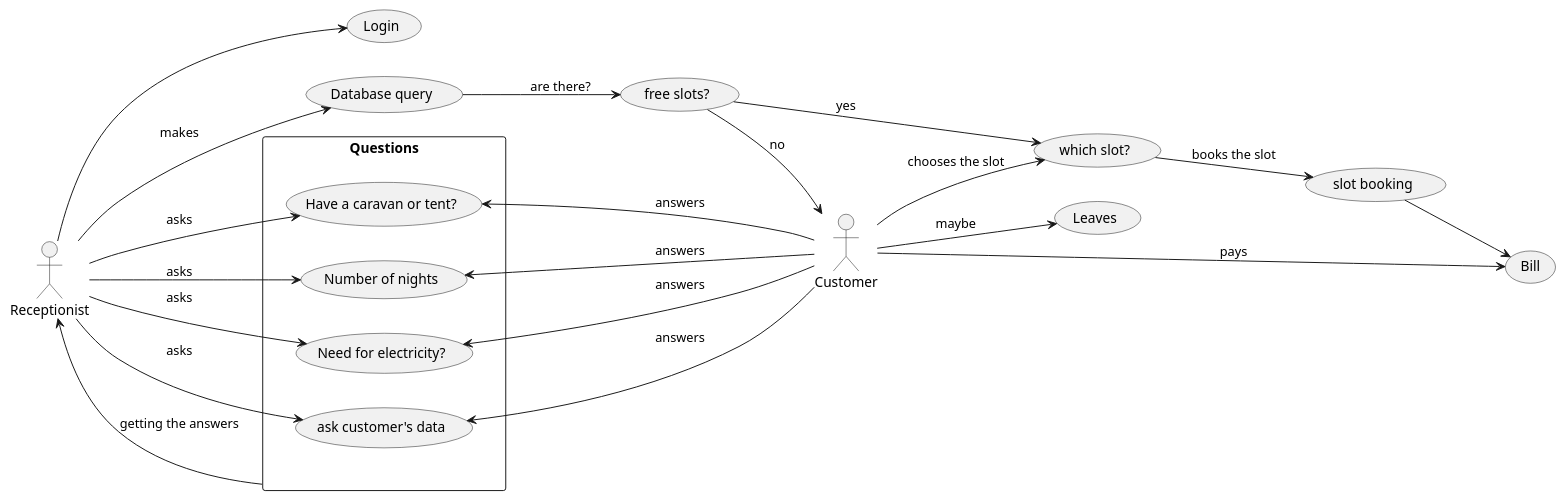
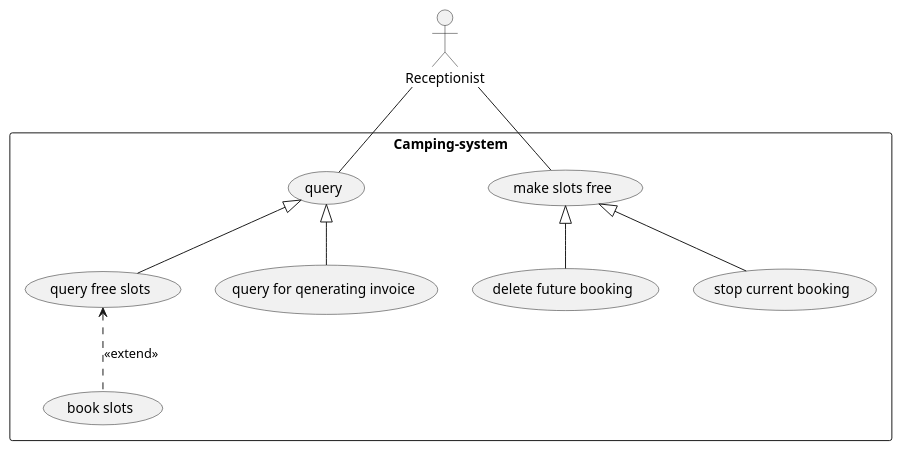
Before and after one commit to ZsoltToth/project-templates-spring-react: the diagram in Docs/usecase.plantuml, drawn with PlantUML.

Commit message:
Usecase updated
Recreated it from the beginning

#1

```diff
--- a/Docs/usecase.plantuml
+++ b/Docs/usecase.plantuml
@@ -1,37 +1,18 @@
 @startuml
-left to right direction
-skinparam packageStyle rectangle
+actor Receptionist
+
+rectangle Camping-system {
+
+Receptionist -- (query)
+(query) <|-- (query free slots) 
+(query) <|-- (query for qenerating invoice)
+
+(query free slots) <.. (book slots) : <<extend>>
 
 
-actor Customer
-actor Receptionist
-
-Receptionist --> (Login)
-
-rectangle Questions{
-
-Receptionist --> (Number of nights) : asks
-Receptionist --> (Need for electricity?) : asks
-Receptionist --> (ask customer's data) : asks
-Receptionist --> (Have a caravan or tent?) : asks
-
-(Have a caravan or tent?) <-- Customer : answers
-(Number of nights) <-- Customer : answers
-(Need for electricity?) <-- Customer : answers
-(ask customer's data) <-- Customer : answers
+Receptionist -- (make slots free)
+(make slots free) <|-- (delete future booking)
+(make slots free) <|-- (stop current booking)
 
 }
-
-Receptionist --> (Database query) : makes
-Questions --> Receptionist : getting the answers
-
-(Database query) --> (free slots?) : are there?
-
-(free slots?) --> (which slot?) : yes
-(free slots?) --> (Customer) : no
-(which slot?) --> (slot booking) : books the slot
-Customer --> (which slot?) : chooses the slot
-(slot booking) --> (Bill)
-Customer --> (Bill) : pays
-Customer --> (Leaves) : maybe
 @enduml
```
